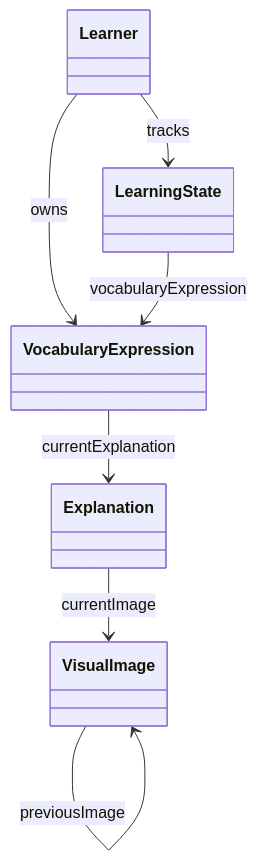
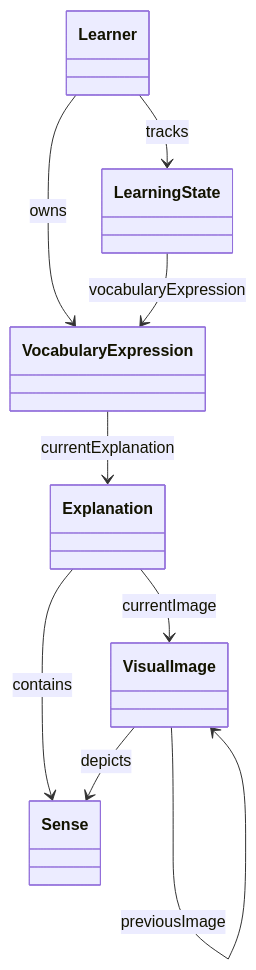
The diagram in docs/internal/domain/common.md (lihs-ie/vocastock), drawn with Mermaid before and after one commit. The commit also changed other lines of this file and 18 other files, not shown here.

````diff
--- a/docs/internal/domain/common.md
+++ b/docs/internal/domain/common.md
@@ -16,15 +24,18 @@
 ```mermaid
 classDiagram
     class Learner
     class VocabularyExpression
     class Explanation
+    class Sense
     class VisualImage
     class LearningState
 
     Learner --> VocabularyExpression : owns
     Learner --> LearningState : tracks
     VocabularyExpression --> Explanation : currentExplanation
+    Explanation --> Sense : contains
     Explanation --> VisualImage : currentImage
+    VisualImage --> Sense : depicts
     VisualImage --> VisualImage : previousImage
     LearningState --> VocabularyExpression : vocabularyExpression
 ```
````
